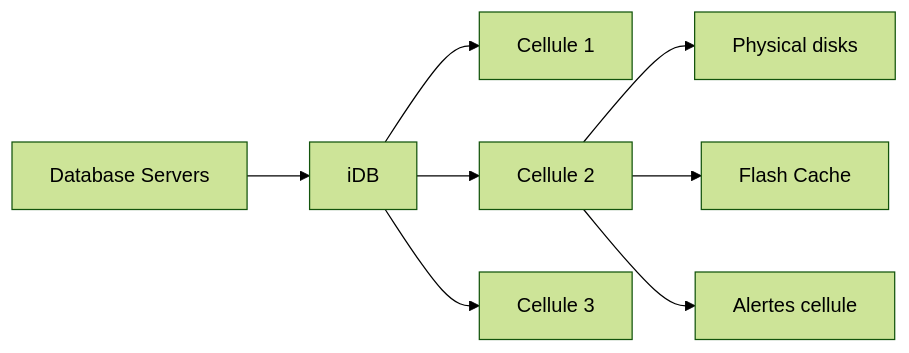
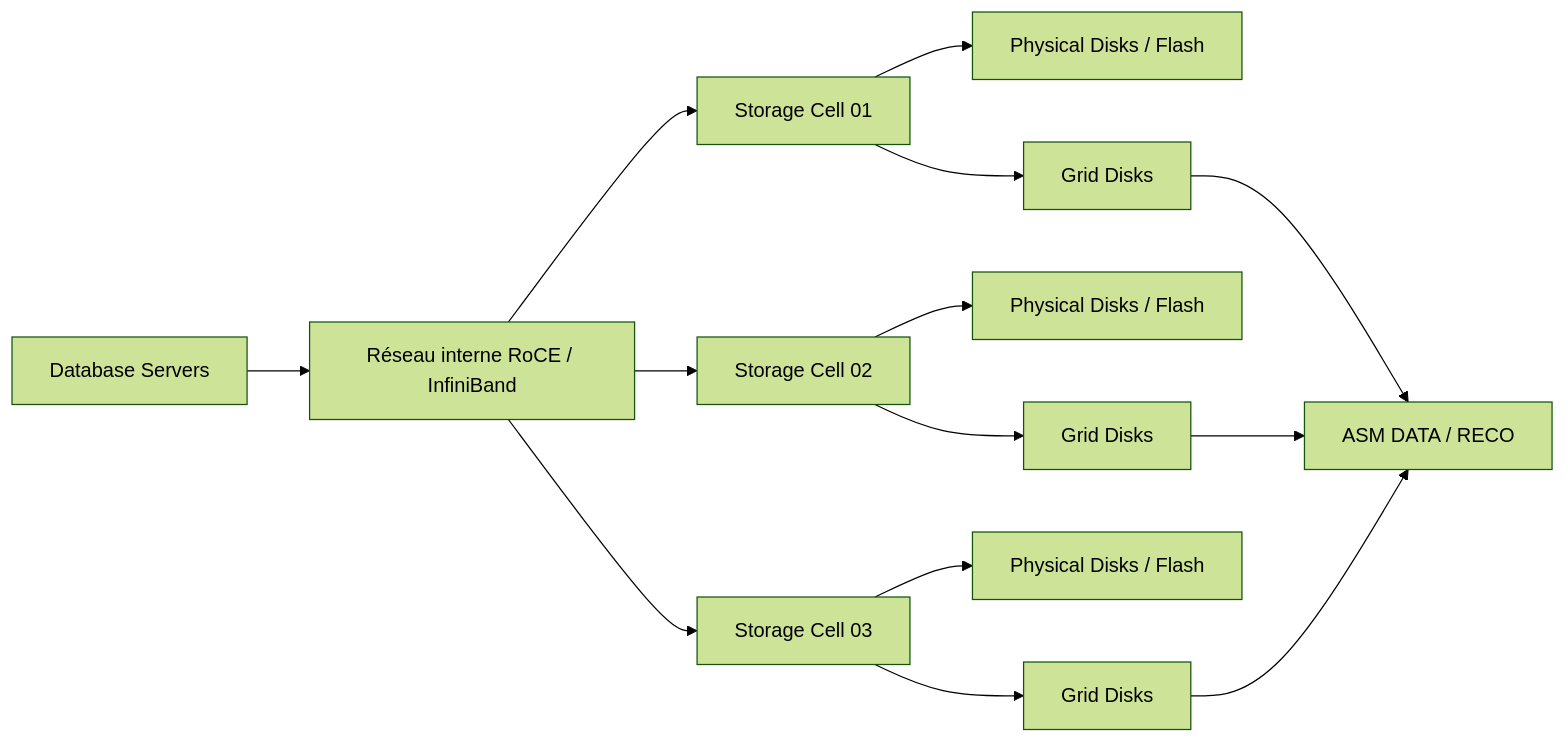
One commit to zdmooc/oracle-exadata-infra-ha-dr-course-labs-v5 changed the diagram in modules/17-monitoring-storage-servers.md. Above: the diagram before and after it, drawn with Mermaid (forest theme). The commit also changed other lines of this file and 3 other files, not shown here.

````diff
--- a/modules/17-monitoring-storage-servers.md
+++ b/modules/17-monitoring-storage-servers.md
@@ -166,10 +46,19 @@
 ```mermaid
 flowchart LR
-    DB[Database Servers] --> IDB[iDB]
-    IDB --> C1[Cellule 1]
-    IDB --> C2[Cellule 2]
-    IDB --> C3[Cellule 3]
-    C2 --> PD[Physical disks]
-    C2 --> FC[Flash Cache]
-    C2 --> AL[Alertes cellule]
+    DB[Database Servers] --> NET[Réseau interne RoCE / InfiniBand]
+    NET --> CELL1[Storage Cell 01]
+    NET --> CELL2[Storage Cell 02]
+    NET --> CELL3[Storage Cell 03]
+
+    CELL1 --> PD1[Physical Disks / Flash]
+    CELL2 --> PD2[Physical Disks / Flash]
+    CELL3 --> PD3[Physical Disks / Flash]
+
+    CELL1 --> GD1[Grid Disks]
+    CELL2 --> GD2[Grid Disks]
+    CELL3 --> GD3[Grid Disks]
+
+    GD1 --> ASM[ASM DATA / RECO]
+    GD2 --> ASM
+    GD3 --> ASM
 ```
````
